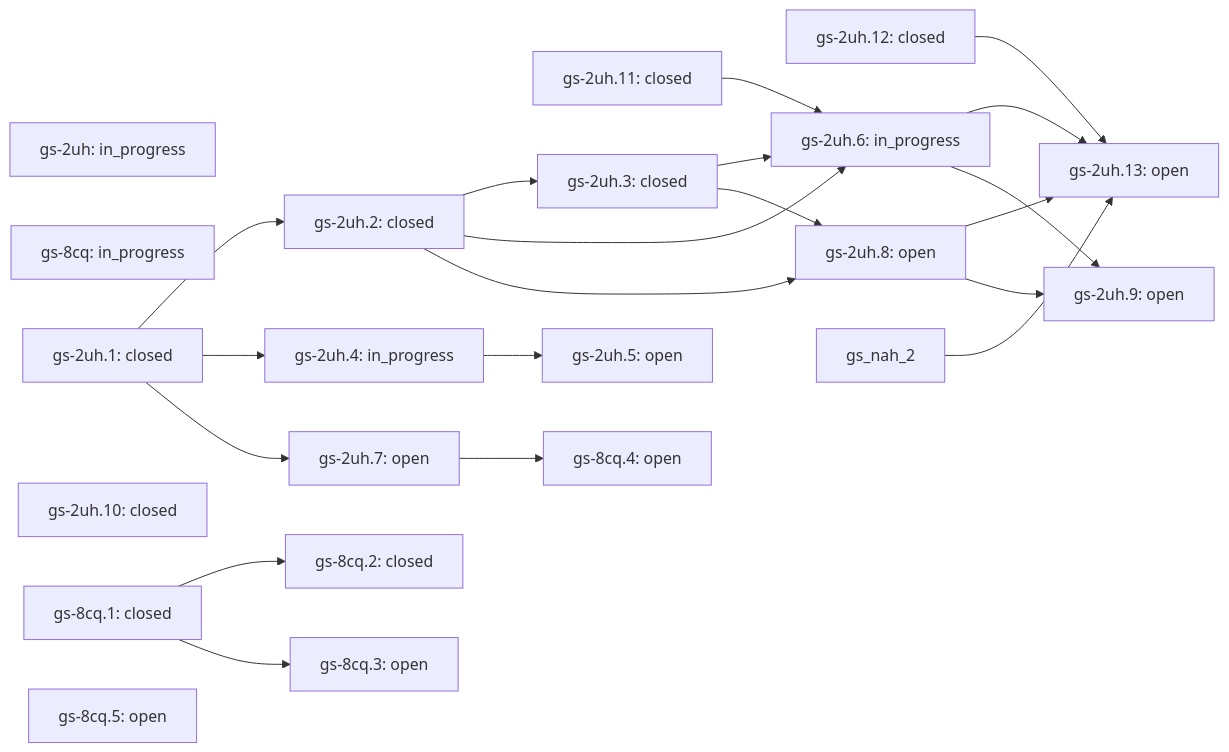
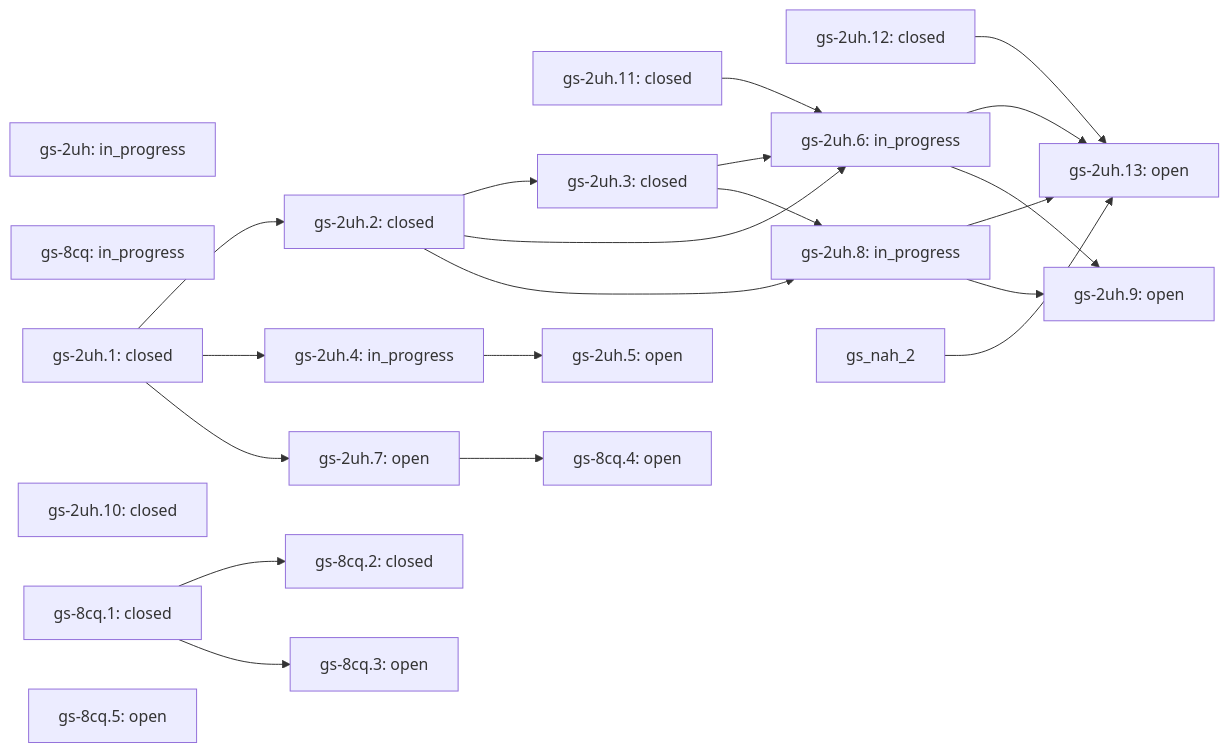
Before and after one commit to lifeofgurpreet/G-Skills: the diagram in docs/skills/vps-health/ROADMAP.md, drawn with Mermaid. The commit also changed other lines of this file and 10 other files, not shown here.

````diff
--- a/docs/skills/vps-health/ROADMAP.md
+++ b/docs/skills/vps-health/ROADMAP.md
@@ -32,42 +32,42 @@
 ```mermaid
 flowchart LR
   gs_2uh["gs-2uh: in_progress"]
   gs_8cq["gs-8cq: in_progress"]
   gs_2uh_1["gs-2uh.1: closed"]
   gs_2uh_10["gs-2uh.10: closed"]
   gs_2uh_11["gs-2uh.11: closed"]
   gs_2uh_12["gs-2uh.12: closed"]
   gs_2uh_13["gs-2uh.13: open"]
   gs_2uh_12 --> gs_2uh_13
   gs_2uh_6 --> gs_2uh_13
   gs_2uh_8 --> gs_2uh_13
   gs_nah_2 --> gs_2uh_13
   gs_2uh_2["gs-2uh.2: closed"]
   gs_2uh_1 --> gs_2uh_2
   gs_2uh_3["gs-2uh.3: closed"]
   gs_2uh_2 --> gs_2uh_3
   gs_2uh_4["gs-2uh.4: in_progress"]
   gs_2uh_1 --> gs_2uh_4
   gs_2uh_5["gs-2uh.5: open"]
   gs_2uh_4 --> gs_2uh_5
   gs_2uh_6["gs-2uh.6: in_progress"]
   gs_2uh_11 --> gs_2uh_6
   gs_2uh_2 --> gs_2uh_6
   gs_2uh_3 --> gs_2uh_6
-  gs_2uh_8["gs-2uh.8: open"]
+  gs_2uh_8["gs-2uh.8: in_progress"]
   gs_2uh_2 --> gs_2uh_8
   gs_2uh_3 --> gs_2uh_8
   gs_8cq_1["gs-8cq.1: closed"]
   gs_8cq_2["gs-8cq.2: closed"]
   gs_8cq_1 --> gs_8cq_2
   gs_2uh_7["gs-2uh.7: open"]
   gs_2uh_1 --> gs_2uh_7
   gs_2uh_9["gs-2uh.9: open"]
   gs_2uh_6 --> gs_2uh_9
   gs_2uh_8 --> gs_2uh_9
   gs_8cq_3["gs-8cq.3: open"]
   gs_8cq_1 --> gs_8cq_3
   gs_8cq_4["gs-8cq.4: open"]
   gs_2uh_7 --> gs_8cq_4
   gs_8cq_5["gs-8cq.5: open"]
 ```
````
